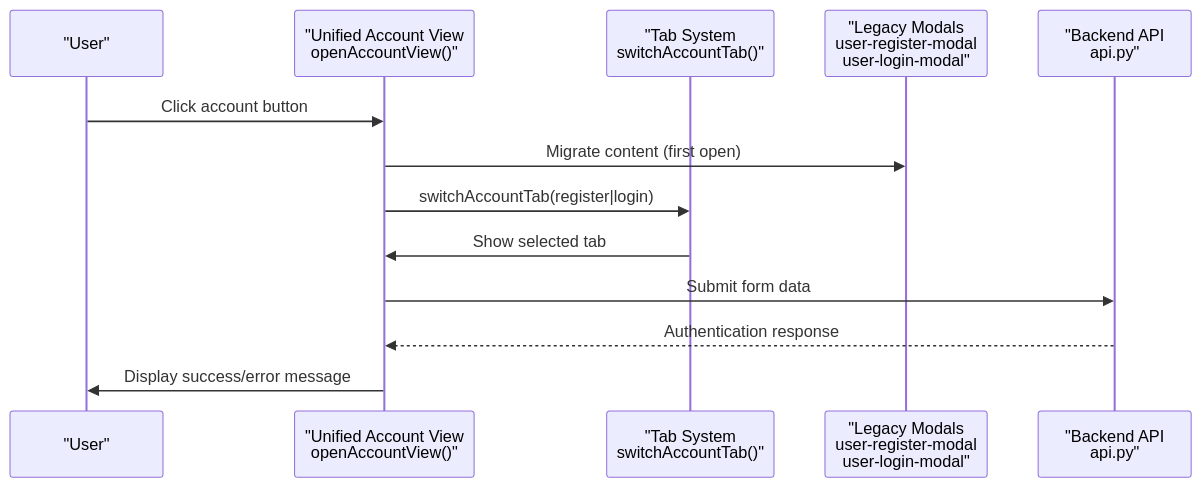
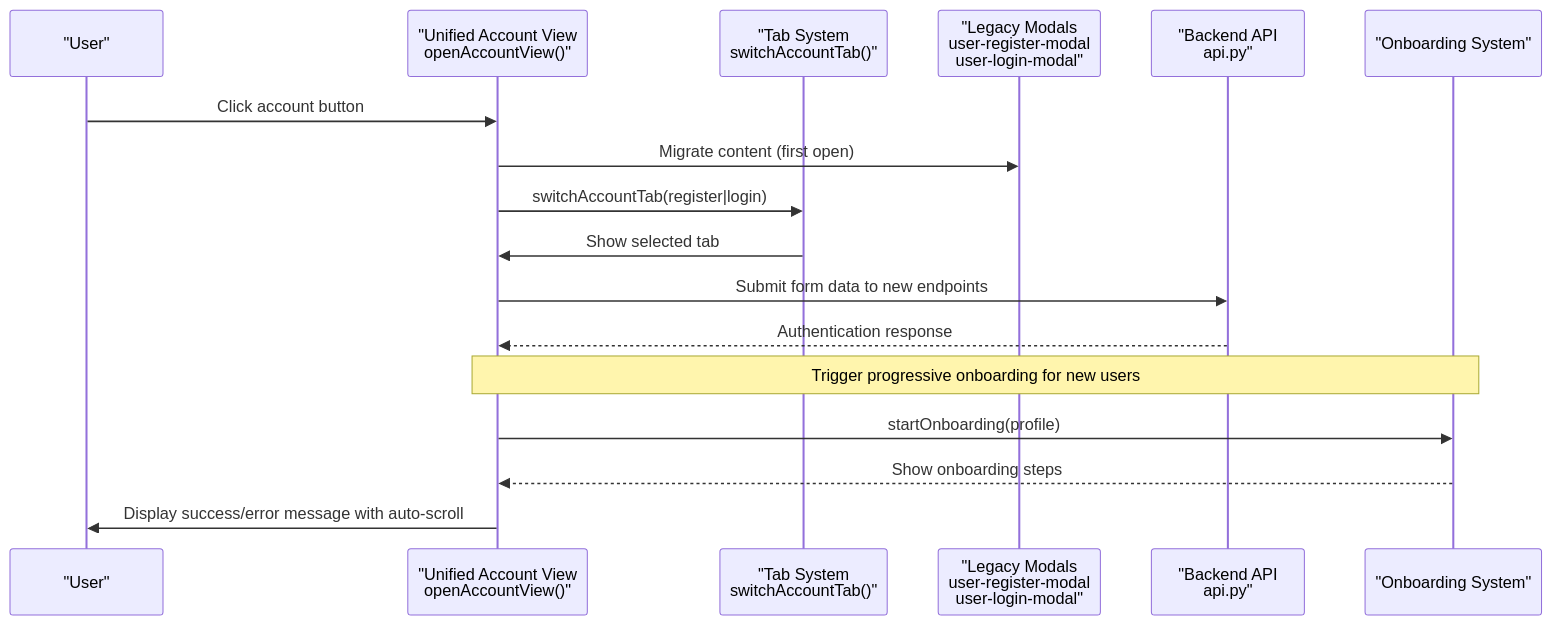
One commit to intellistream/sage-mate changed diagram 15 of 16 in .qoder/repowiki/en/content/Core Components/Authentication System.md. Above: the diagram before and after it, drawn with Mermaid. The commit also changed other lines of this file and 53 other files, not shown here.

First line of the commit message:
chore: update ROADMAP and changelog for v4.1.0–v4.2.5, frontend UX fixes

````diff
--- a/.qoder/repowiki/en/content/Core Components/Authentication System.md
+++ b/.qoder/repowiki/en/content/Core Components/Authentication System.md
@@ -551,15 +655,19 @@
 ```mermaid
 sequenceDiagram
 participant User as "User"
 participant UnifiedView as "Unified Account View<br/>openAccountView()"
 participant TabSystem as "Tab System<br/>switchAccountTab()"
 participant LegacyModals as "Legacy Modals<br/>user-register-modal<br/>user-login-modal"
 participant API as "Backend API<br/>api.py"
+participant Onboarding as "Onboarding System"
 User->>UnifiedView : Click account button
 UnifiedView->>LegacyModals : Migrate content (first open)
 UnifiedView->>TabSystem : switchAccountTab(register|login)
 TabSystem->>UnifiedView : Show selected tab
-UnifiedView->>API : Submit form data
+UnifiedView->>API : Submit form data to new endpoints
 API-->>UnifiedView : Authentication response
-UnifiedView->>User : Display success/error message
+Note over UnifiedView,Onboarding : Trigger progressive onboarding for new users
+UnifiedView->>Onboarding : startOnboarding(profile)
+Onboarding-->>UnifiedView : Show onboarding steps
+UnifiedView->>User : Display success/error message with auto-scroll
 ```
````
